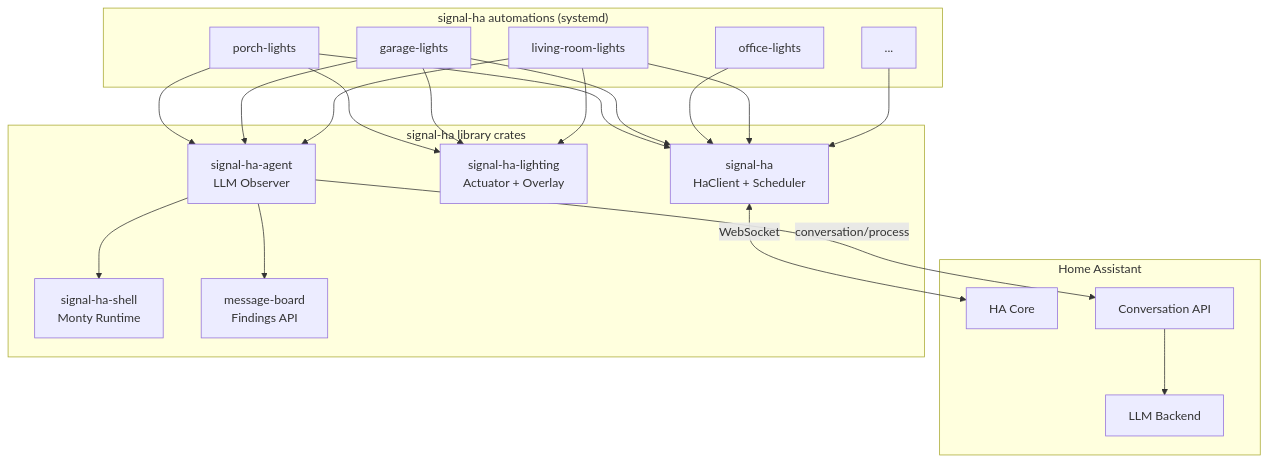
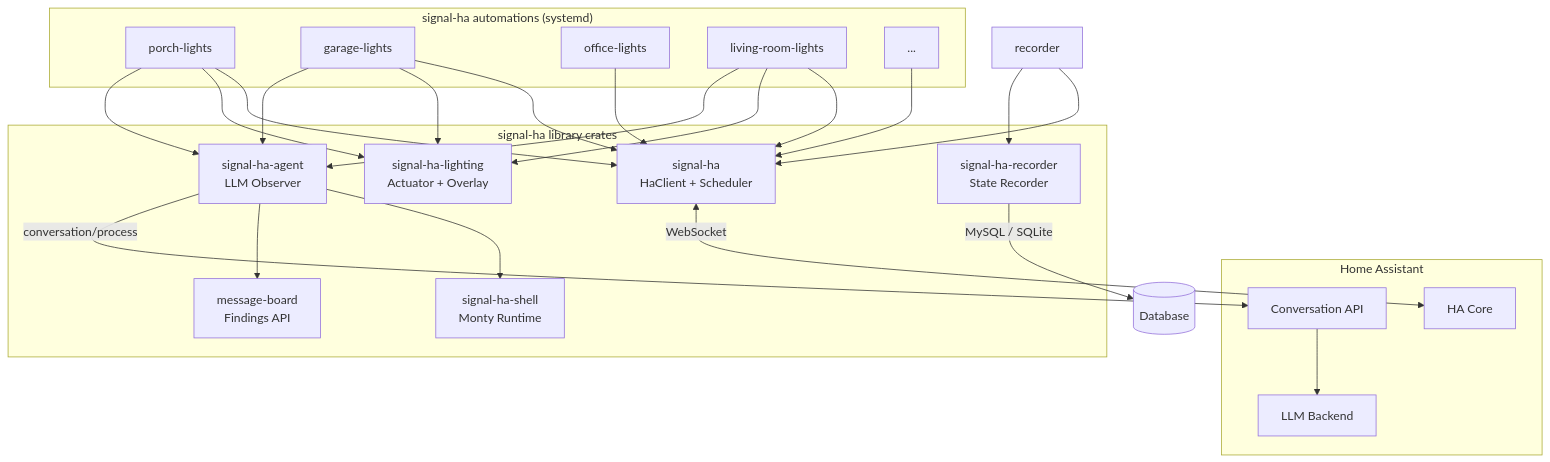
The first of 2 diagrams in docs/architecture.md (rsr5/signal-ha), drawn with Mermaid before and after one commit. The commit also changed other lines of this file and 2 other files, not shown here.

Commit message:
docs: add signal-ha-recorder crate page, update architecture
- New crate page: docs/crates/signal-ha-recorder.md
- Architecture diagram: add recorder crate + database node
- Crate dependency graph: add signal-ha-recorder
- mkdocs.yml: add recorder to nav

````diff
--- a/docs/architecture.md
+++ b/docs/architecture.md
@@ -5,34 +5,40 @@
 ```mermaid
 graph TB
     subgraph "Home Assistant"
         HA[HA Core]
         CONV[Conversation API]
         LLM[LLM Backend]
     end
 
     subgraph "signal-ha automations (systemd)"
         P[porch-lights]
         G[garage-lights]
         O[office-lights]
         L[living-room-lights]
         MORE[...]
     end
 
     subgraph "signal-ha library crates"
         CORE[signal-ha<br/>HaClient + Scheduler]
         LIGHT[signal-ha-lighting<br/>Actuator + Overlay]
         AGENT[signal-ha-agent<br/>LLM Observer]
         SHELL[signal-ha-shell<br/>Monty Runtime]
         BOARD[message-board<br/>Findings API]
+        REC[signal-ha-recorder<br/>State Recorder]
     end
+
+    R[recorder]
 
     P & G & O & L & MORE --> CORE
     P & G & L --> LIGHT
     P & G & L --> AGENT
     AGENT --> SHELL
     AGENT --> BOARD
+    R --> CORE
+    R --> REC
+    REC -->|MySQL / SQLite| DB[(Database)]
 
     CORE <-->|WebSocket| HA
     AGENT -->|conversation/process| CONV
     CONV --> LLM
 ```
````
